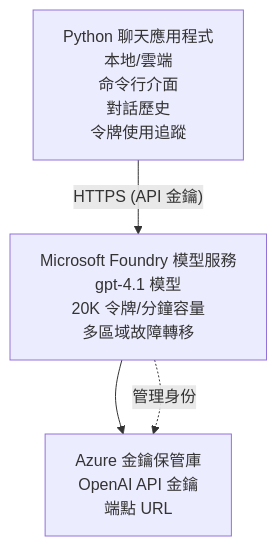
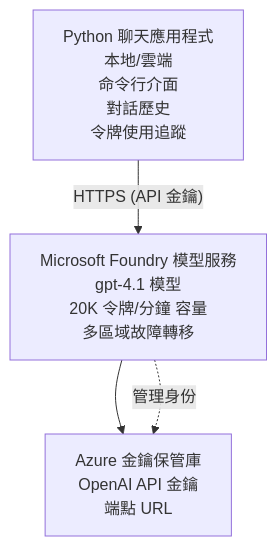
Before and after one commit to microsoft/AZD-for-beginners: the diagram in translations/zh-HK/examples/azure-openai-chat/README.md, drawn with Mermaid. The commit also changed other lines of this file and 104 other files, not shown here.

````diff
--- a/translations/zh-HK/examples/azure-openai-chat/README.md
+++ b/translations/zh-HK/examples/azure-openai-chat/README.md
@@ -26,6 +26,6 @@
 ```mermaid
 graph TD
-    App[Python 聊天應用程式<br/>本地/雲端<br/>命令行介面<br/>對話歷史<br/>令牌使用追蹤] -- "HTTPS (API 金鑰)" --> Foundry[Microsoft Foundry 模型服務<br/>gpt-4.1 模型<br/>20K 令牌/分鐘容量<br/>多區域故障轉移]
+    App[Python 聊天應用程式<br/>本地/雲端<br/>命令行介面<br/>對話歷史<br/>令牌使用追蹤] -- "HTTPS (API 金鑰)" --> Foundry[Microsoft Foundry 模型服務<br/>gpt-4.1 模型<br/>20K 令牌/分鐘 容量<br/>多區域故障轉移]
     Foundry --> KV[Azure 金鑰保管庫<br/>OpenAI API 金鑰<br/>端點 URL]
     Foundry -. 管理身份 .-> KV
 ```
````
